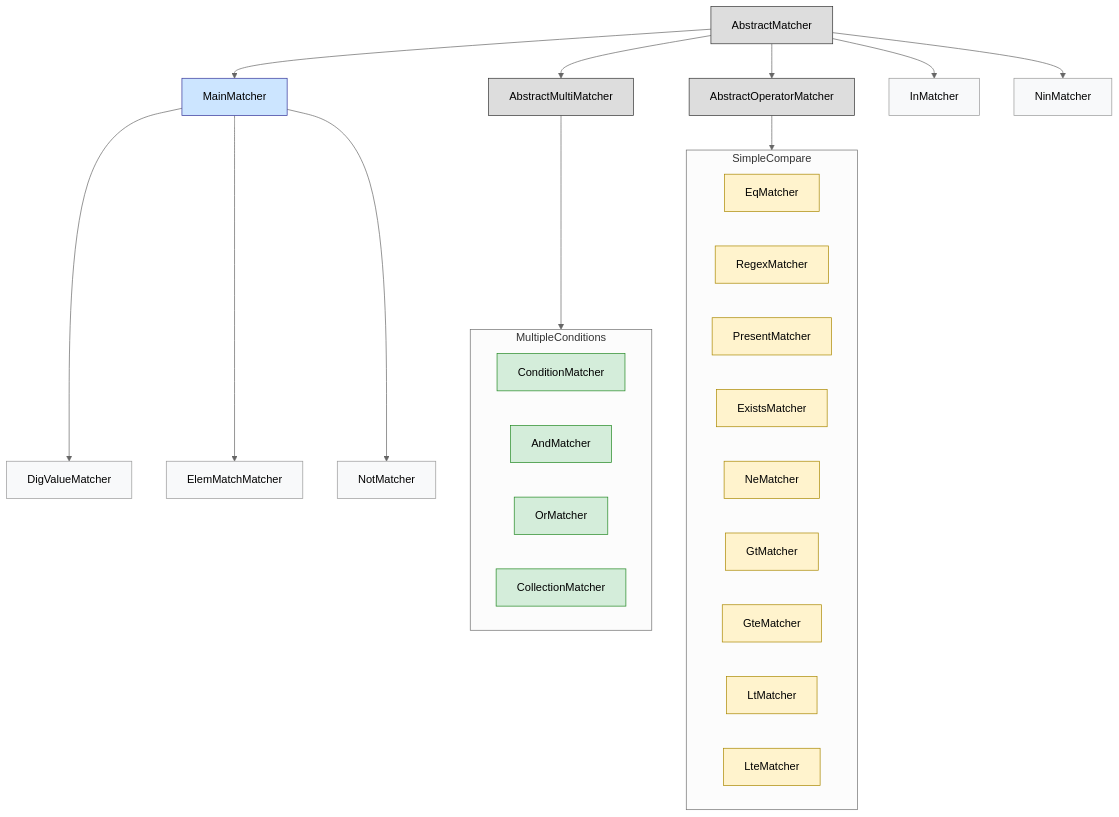
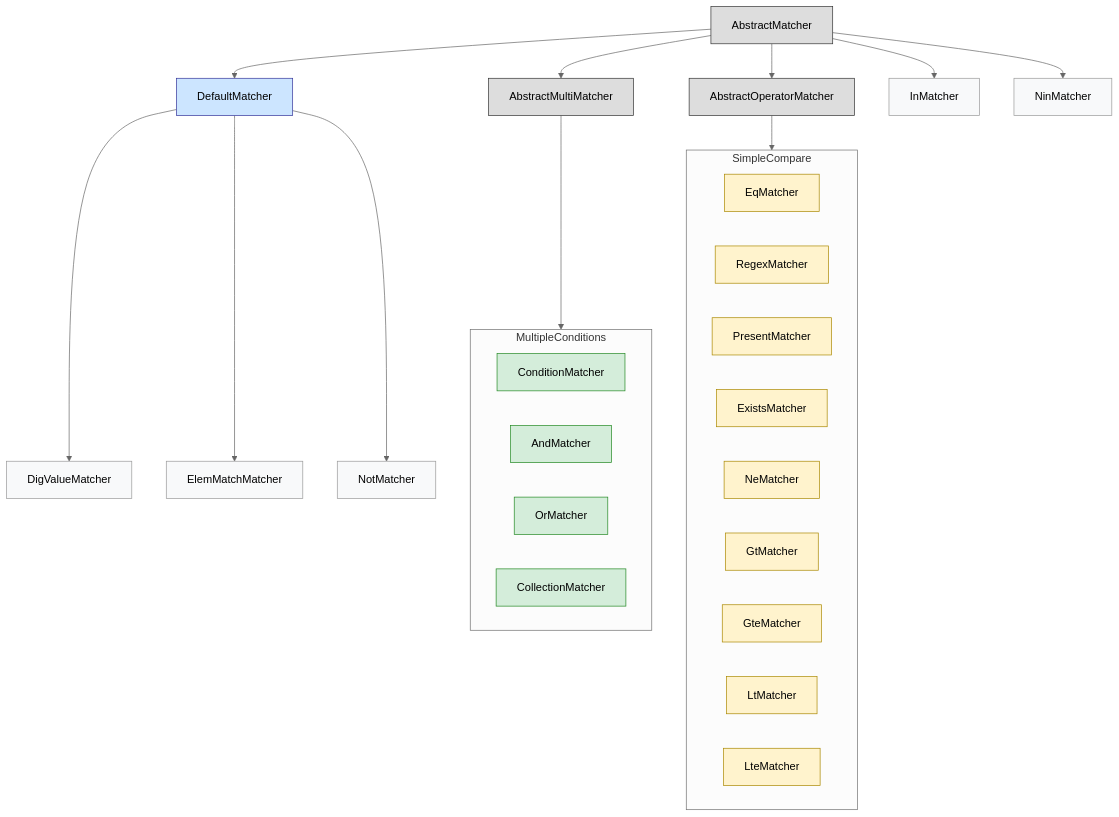
One commit to koten0224/mongory changed the diagram in lib/mongory/matchers/README.md. Above: the diagram before and after it, drawn with Mermaid. The commit also changed 8 other files, not shown here.

First line of the commit message:
refactor(matcher): rename MainMatcher to DefaultMatcher for clarity

````diff
--- a/lib/mongory/matchers/README.md
+++ b/lib/mongory/matchers/README.md
@@ -3,55 +3,55 @@
 ```mermaid
 ---
 config:
   theme: neutral
   look: classic
 ---
 
 graph TD
   %% style blocks
   classDef abstract fill:#ddd,stroke:#333,stroke-width:1px,color:#000;
   classDef main fill:#cce5ff,stroke:#339,stroke-width:1px;
   classDef multi fill:#d4edda,stroke:#282,stroke-width:1px;
   classDef operator fill:#fff3cd,stroke:#aa8800,stroke-width:1px;
   classDef leaf fill:#f8f9fa,stroke:#999,stroke-width:1px;
 
   %% Abstract base classes
   A[AbstractMatcher]
   C[AbstractMultiMatcher]
   D[AbstractOperatorMatcher]
 
   subgraph MultipleConditions
     F[ConditionMatcher]
     I[AndMatcher]
     J[OrMatcher]
     W[CollectionMatcher]
   end
 
   subgraph SimpleCompare
     E[EqMatcher]
     K[RegexMatcher]
     L[PresentMatcher]
     M[ExistsMatcher]
     O[NeMatcher]
     Q[GtMatcher]
     R[GteMatcher]
     S[LtMatcher]
     T[LteMatcher]
   end
 
-  A --> B[MainMatcher]
+  A --> B[DefaultMatcher]
   A --> U[InMatcher]
   A --> V[NinMatcher]
   A --> C --> MultipleConditions
   A --> D --> SimpleCompare
   B --> G[DigValueMatcher]
   B --> H[ElemMatchMatcher]
   B --> N[NotMatcher]
 
   %% Apply classes
   class A,C,D abstract;
   class B main;
   class F,I,J,W multi;
   class E,K,L,M,O,Q,R,S,T operator;
   class G,U,V,H,N leaf;
 ```
````
